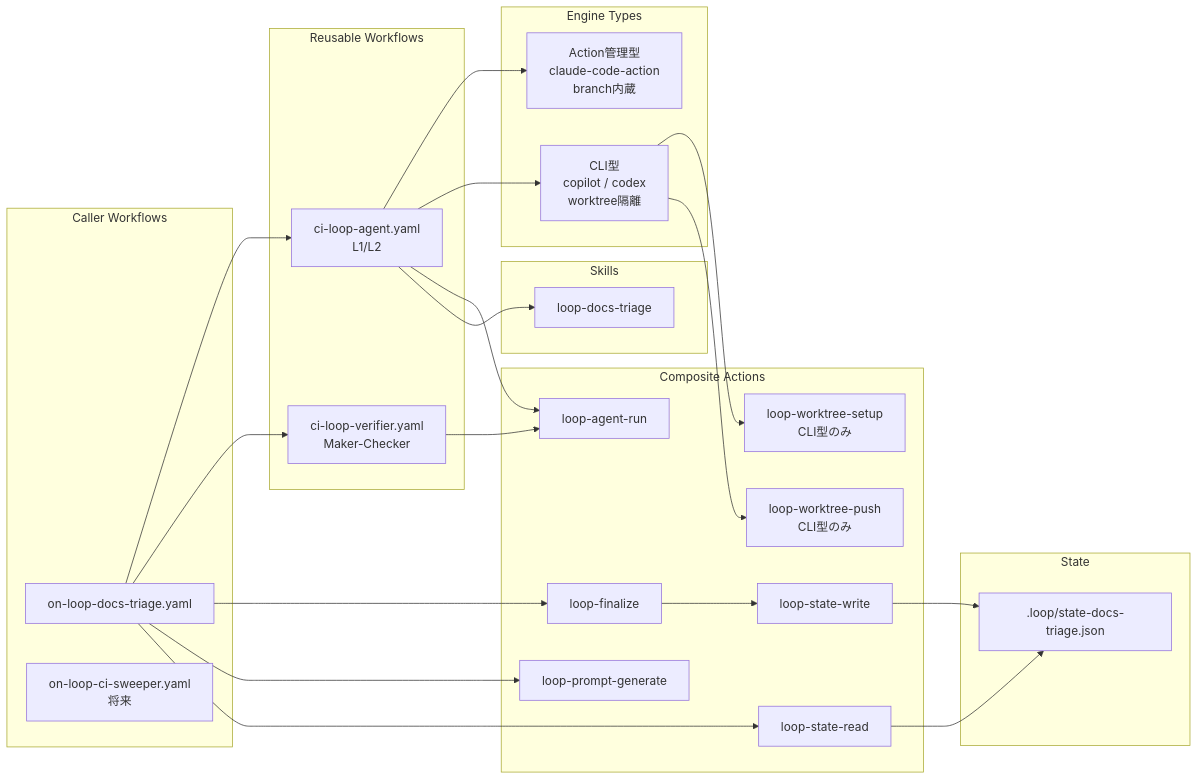
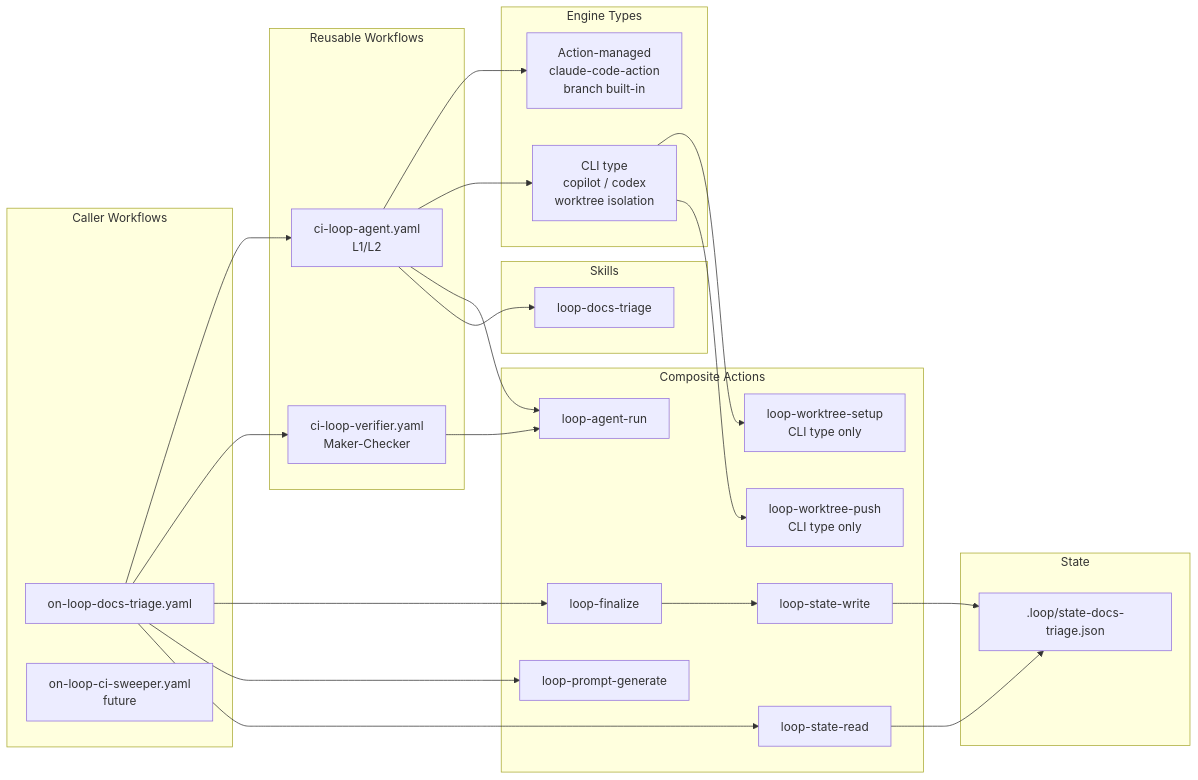
The second of 2 diagrams in docs/explanation/loop-engineering-design.md (y-miyazaki/config), drawn with Mermaid before and after one commit. The commit also changed other lines of this file and 4 other files, not shown here.

````diff
--- a/docs/explanation/loop-engineering-design.md
+++ b/docs/explanation/loop-engineering-design.md
@@ -160,58 +154,58 @@
 ```mermaid
 graph LR
     %% Caller Workflows
     subgraph callers["Caller Workflows"]
         CW1[on-loop-docs-triage.yaml]
-        CW2[on-loop-ci-sweeper.yaml<br/>将来]
+        CW2[on-loop-ci-sweeper.yaml<br/>future]
     end
 
     %% Reusable Workflows
     subgraph reusable["Reusable Workflows"]
         RW1[ci-loop-agent.yaml<br/>L1/L2]
         RW2[ci-loop-verifier.yaml<br/>Maker-Checker]
     end
 
     %% Engine Strategies
     subgraph engines["Engine Types"]
-        E1[Action管理型<br/>claude-code-action<br/>branch内蔵]
-        E2[CLI型<br/>copilot / codex<br/>worktree隔離]
+        E1[Action-managed<br/>claude-code-action<br/>branch built-in]
+        E2[CLI type<br/>copilot / codex<br/>worktree isolation]
     end
 
     %% Composite Actions
     subgraph actions["Composite Actions"]
         CA1[loop-agent-run]
         CA2[loop-finalize]
         CA3[loop-prompt-generate]
         CA4[loop-state-read]
         CA5[loop-state-write]
-        CA6[loop-worktree-setup<br/>CLI型のみ]
-        CA7[loop-worktree-push<br/>CLI型のみ]
+        CA6[loop-worktree-setup<br/>CLI type only]
+        CA7[loop-worktree-push<br/>CLI type only]
     end
 
     %% Skills
     subgraph skills["Skills"]
         SK1[loop-docs-triage]
     end
 
     %% State
     subgraph state["State"]
         ST1[.loop/state-docs-triage.json]
     end
 
     %% Relationships
     CW1 --> RW1
     CW1 --> RW2
     CW1 --> CA2
     CW1 --> CA3
     CW1 --> CA4
     RW1 --> E1
     RW1 --> E2
     RW1 --> CA1
     RW2 --> CA1
     E2 --> CA6
     E2 --> CA7
     RW1 --> SK1
     CA2 --> CA5
     CA4 --> ST1
     CA5 --> ST1
 ```
````
